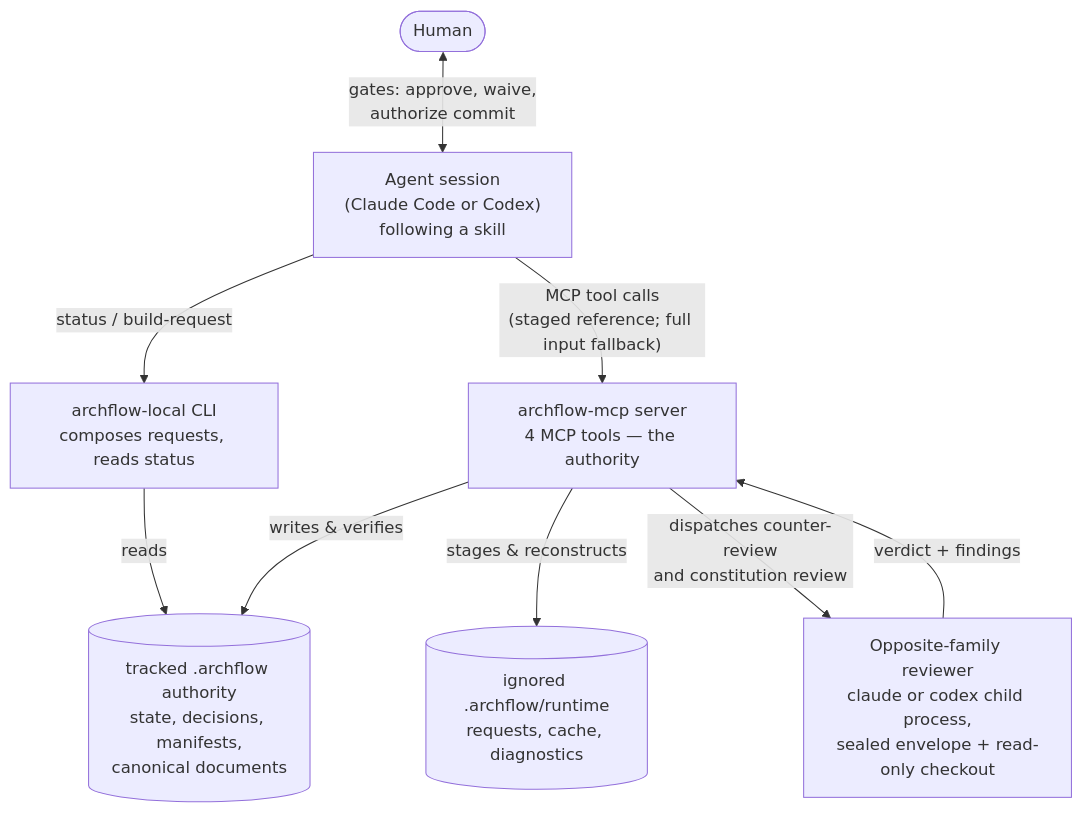
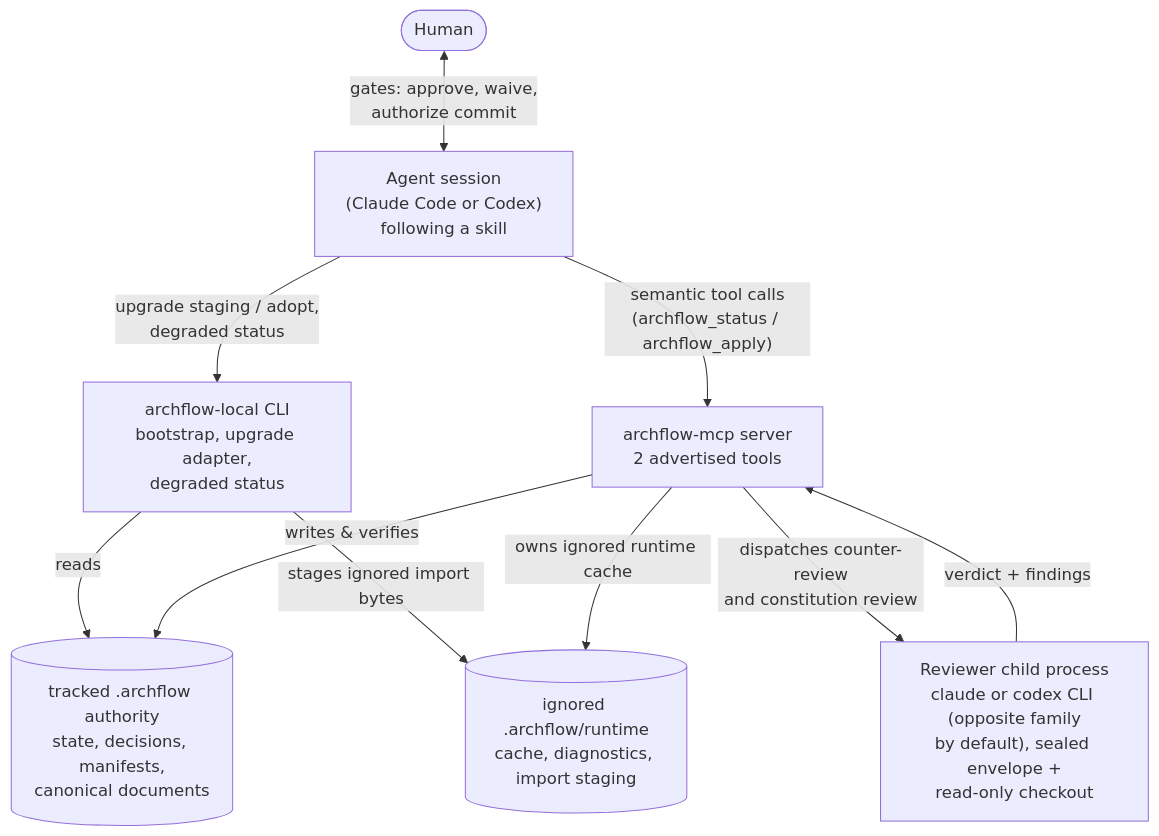
Before and after one commit to Aroton/ArchflowV2: the first of 2 diagrams in docs/OVERVIEW.md, drawn with Mermaid. The commit also changed other lines of this file and 181 other files, not shown here.

First line of the commit message:
Refactor MCP protocol to client-orchestrated semantic workflow API (#4)

````diff
--- a/docs/OVERVIEW.md
+++ b/docs/OVERVIEW.md
@@ -25,19 +25,20 @@
 ```mermaid
 flowchart TB
     Human([Human])
     Agent["Agent session<br/>(Claude Code or Codex)<br/>following a skill"]
-    Local["archflow-local CLI<br/>composes requests, reads status"]
-    MCP["archflow-mcp server<br/>4 MCP tools — the authority"]
+    Local["archflow-local CLI<br/>bootstrap, upgrade adapter,<br/>degraded status"]
+    MCP["archflow-mcp server<br/>2 advertised tools"]
     State[("tracked .archflow authority<br/>state, decisions, manifests,<br/>canonical documents")]
-    Work[("ignored .archflow/runtime<br/>requests, cache, diagnostics")]
-    Child["Opposite-family reviewer<br/>claude or codex child process,<br/>sealed envelope + read-only checkout"]
+    Work[("ignored .archflow/runtime<br/>cache, diagnostics, import staging")]
+    Child["Reviewer child process<br/>claude or codex CLI (opposite family<br/>by default), sealed envelope +<br/>read-only checkout"]
 
     Human <-->|"gates: approve, waive,<br/>authorize commit"| Agent
-    Agent -->|"status / build-request"| Local
+    Agent -->|"upgrade staging / adopt,<br/>degraded status"| Local
     Local -->|"reads"| State
-    Agent -->|"MCP tool calls<br/>(staged reference; full input fallback)"| MCP
+    Local -->|"stages ignored import bytes"| Work
+    Agent -->|"semantic tool calls<br/>(archflow_status / archflow_apply)"| MCP
     MCP -->|"writes & verifies"| State
-    MCP -->|"stages & reconstructs"| Work
+    MCP -->|"owns ignored runtime cache"| Work
     MCP -->|"dispatches counter-review<br/>and constitution review"| Child
     Child -->|"verdict + findings"| MCP
 ```
````
